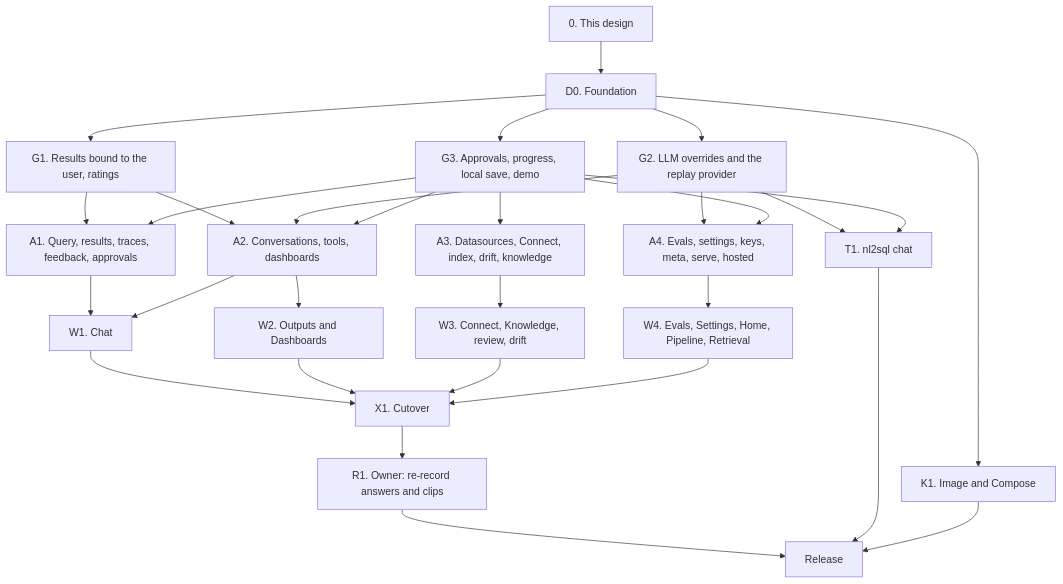
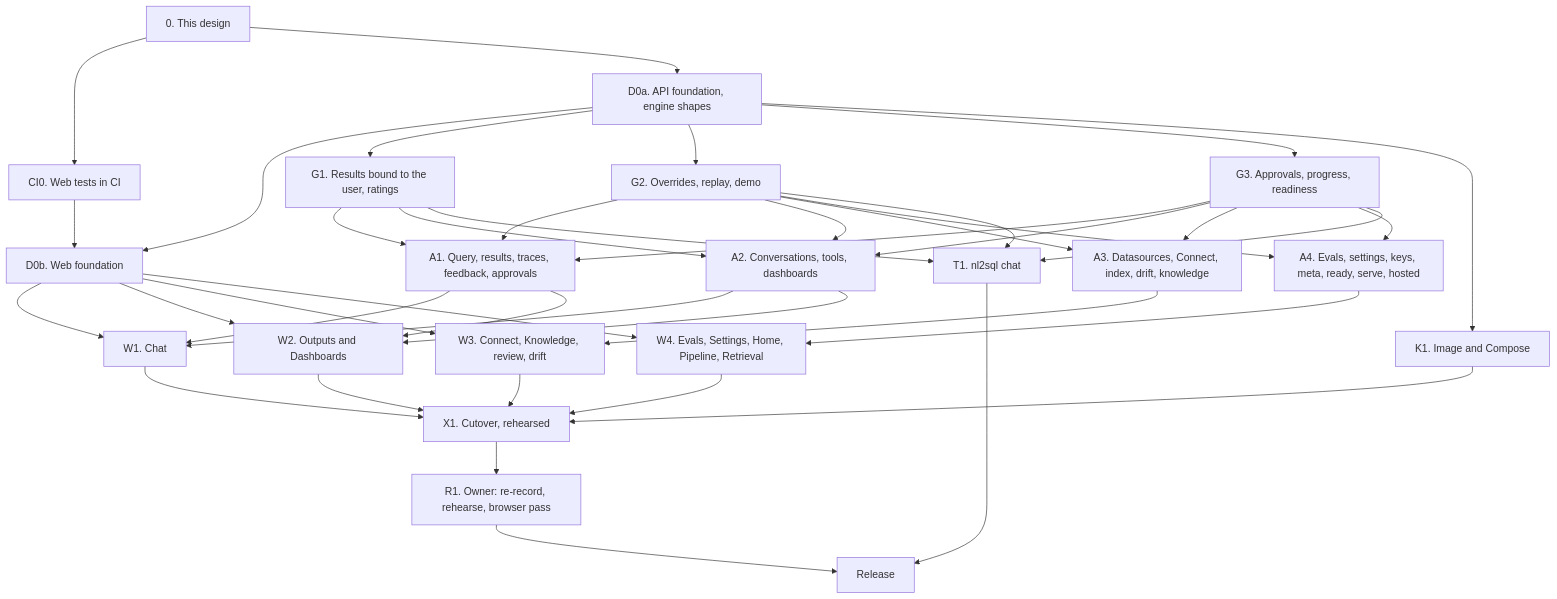
Before and after one commit to nadeem4/nl2sql: the third of 3 diagrams in docs/architecture/wave_d.md, drawn with Mermaid. The commit also changed other lines of this file, not shown here.

First line of the commit message:
docs(architecture): Wave D design, review fixes and alignment with Waves A to C

````diff
--- a/docs/architecture/wave_d.md
+++ b/docs/architecture/wave_d.md
@@ -883,31 +968,42 @@
 ```mermaid
 flowchart TD
-  D["0. This design"] --> D0["D0. Foundation"]
-  D0 --> G1["G1. Results bound to the user, ratings"]
-  D0 --> G2["G2. LLM overrides and the replay provider"]
-  D0 --> G3["G3. Approvals, progress, local save, demo"]
-  D0 --> K1["K1. Image and Compose"]
+  D["0. This design"] --> CI0["CI0. Web tests in CI"]
+  D --> D0a["D0a. API foundation, engine shapes"]
+  CI0 --> D0b["D0b. Web foundation"]
+  D0a --> D0b
+  D0a --> G1["G1. Results bound to the user, ratings"]
+  D0a --> G2["G2. Overrides, replay, demo"]
+  D0a --> G3["G3. Approvals, progress, readiness"]
   G1 --> A1["A1. Query, results, traces, feedback, approvals"]
+  G2 --> A1
   G3 --> A1
   G1 --> A2["A2. Conversations, tools, dashboards"]
   G2 --> A2
   G3 --> A2
-  G3 --> A3["A3. Datasources, Connect, index, drift, knowledge"]
-  G2 --> A4["A4. Evals, settings, keys, meta, serve, hosted"]
+  G2 --> A3["A3. Datasources, Connect, index, drift, knowledge"]
+  G3 --> A3
+  G2 --> A4["A4. Evals, settings, keys, meta, ready, serve, hosted"]
   G3 --> A4
   A1 --> W1["W1. Chat"]
   A2 --> W1
-  A2 --> W2["W2. Outputs and Dashboards"]
+  D0b --> W1
+  A1 --> W2["W2. Outputs and Dashboards"]
+  A2 --> W2
+  D0b --> W2
   A3 --> W3["W3. Connect, Knowledge, review, drift"]
+  D0b --> W3
   A4 --> W4["W4. Evals, Settings, Home, Pipeline, Retrieval"]
-  G2 --> T1["T1. nl2sql chat"]
+  D0b --> W4
+  G1 --> T1["T1. nl2sql chat"]
+  G2 --> T1
   G3 --> T1
-  W1 --> X1["X1. Cutover"]
+  D0a --> K1["K1. Image and Compose"]
+  W1 --> X1["X1. Cutover, rehearsed"]
   W2 --> X1
   W3 --> X1
   W4 --> X1
-  X1 --> R1["R1. Owner: re-record answers and clips"]
+  K1 --> X1
+  X1 --> R1["R1. Owner: re-record, rehearse, browser pass"]
   R1 --> REL["Release"]
   T1 --> REL
-  K1 --> REL
 ```
````
